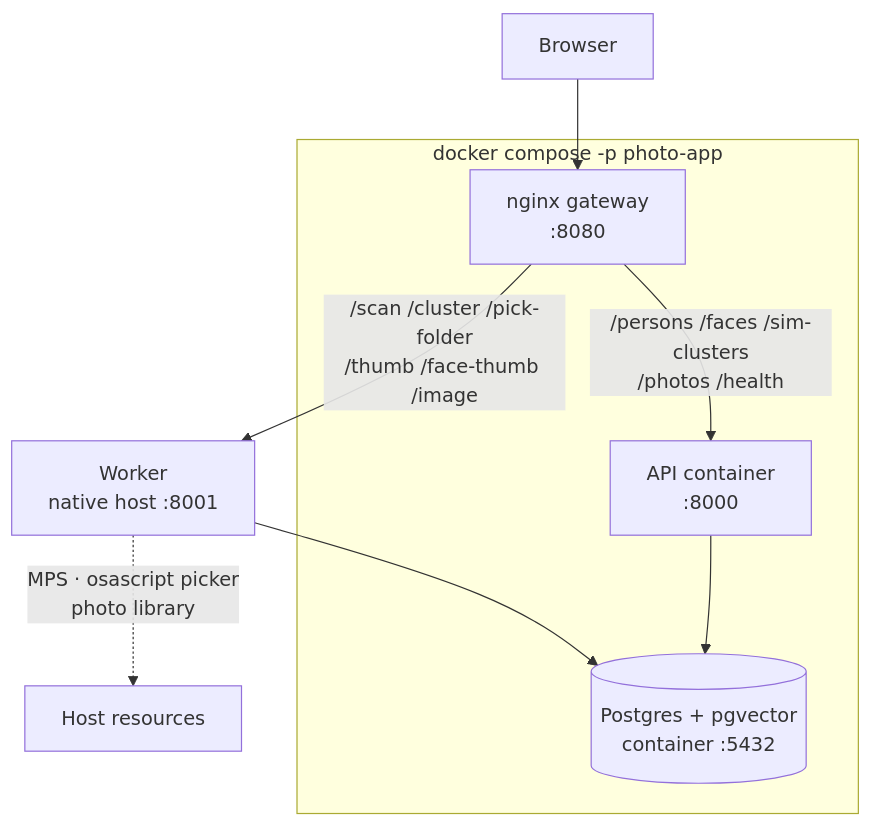
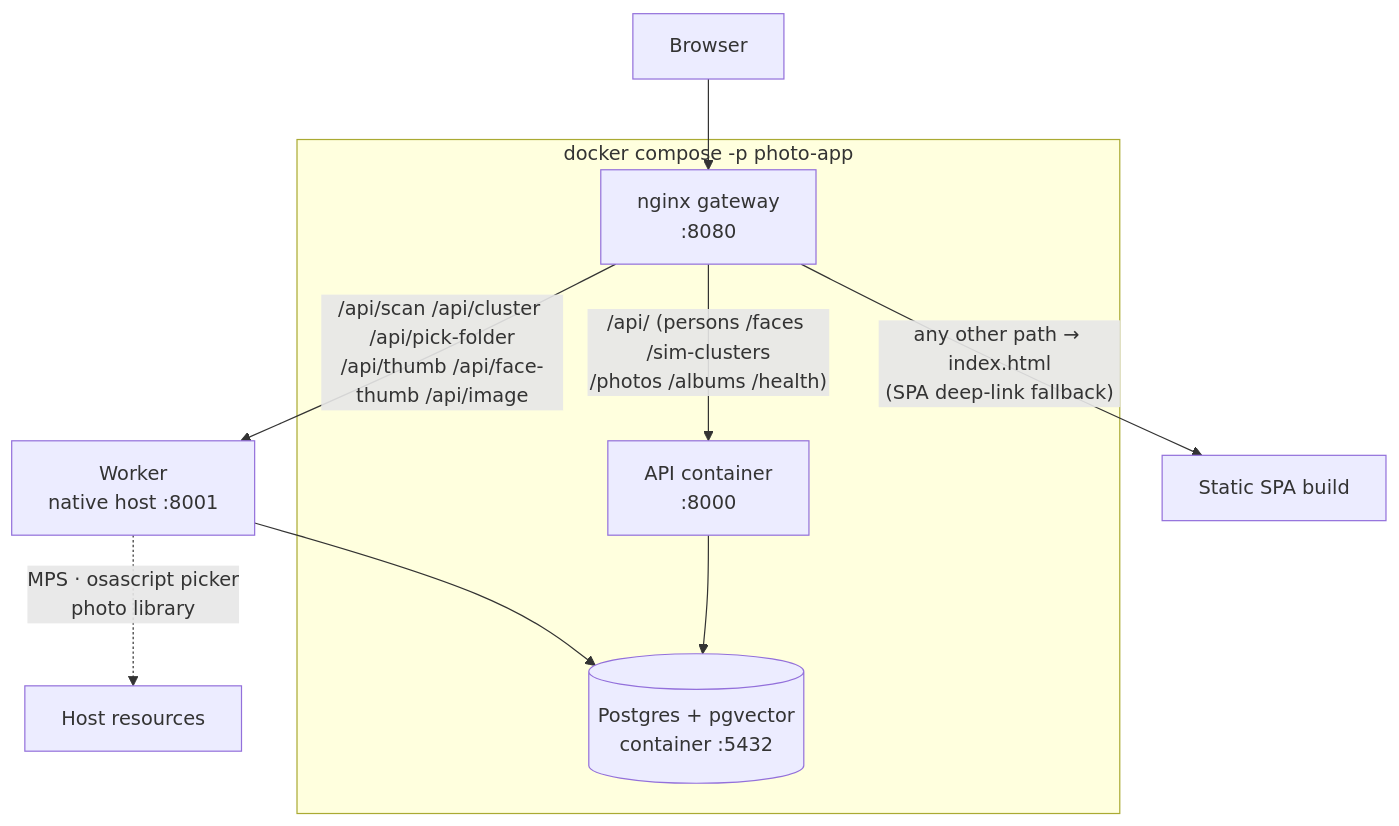
The fifth of 6 diagrams in docs/architecture.md (DeKal/photo-gallery), drawn with Mermaid before and after one commit. The commit also changed other lines of this file and 2 other files, not shown here.

First line of the commit message:
docs: update routing, albums, and Vercel services model

````diff
--- a/docs/architecture.md
+++ b/docs/architecture.md
@@ -188,15 +233,16 @@
 ```mermaid
 flowchart TD
     B[Browser] --> GW[nginx gateway<br/>:8080]
-    GW -->|"/scan /cluster /pick-folder<br/>/thumb /face-thumb /image"| WK[Worker<br/>native host :8001]
-    GW -->|"/persons /faces /sim-clusters<br/>/photos /health"| API[API container<br/>:8000]
+    GW -->|"/api/scan /api/cluster /api/pick-folder<br/>/api/thumb /api/face-thumb /api/image"| WK[Worker<br/>native host :8001]
+    GW -->|"/api/ (persons /faces /sim-clusters<br/>/photos /albums /health)"| API[API container<br/>:8000]
+    GW -->|"any other path → index.html<br/>(SPA deep-link fallback)"| SPA[Static SPA build]
     WK --> DB[(Postgres + pgvector<br/>container :5432)]
     API --> DB
     WK -.->|MPS · osascript picker<br/>photo library| HOST[Host resources]
 
     subgraph compose["docker compose -p photo-app"]
         GW
         API
         DB
     end
 ```
````
